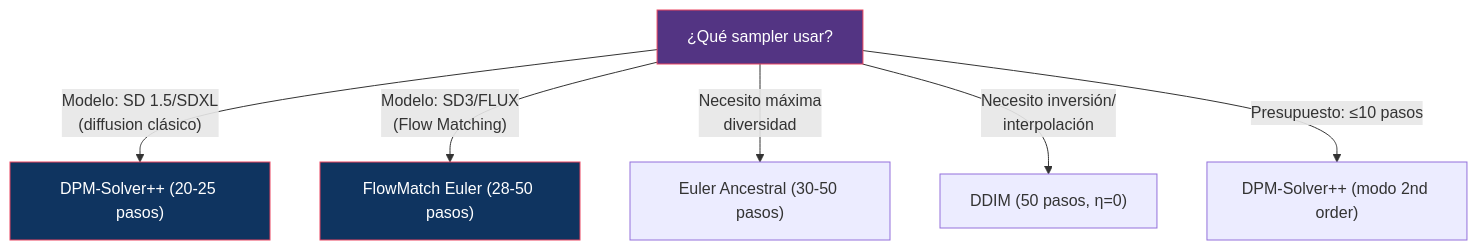
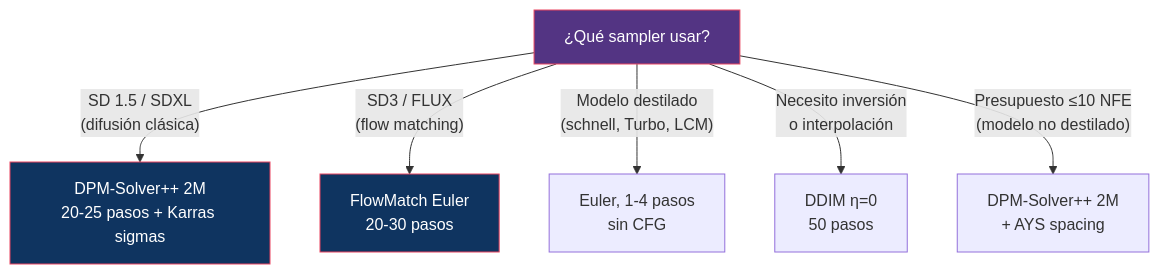
Before and after one commit to DavidDevGt/DifusionReal: the third of 3 diagrams in 08-sampling/README.md, drawn with Mermaid. The commit also changed other lines of this file, not shown here.

````diff
--- a/08-sampling/README.md
+++ b/08-sampling/README.md
@@ -220,14 +247,14 @@
 ```mermaid
 graph TD
     START["¿Qué sampler usar?"]
 
-    START -->|"Modelo: SD 1.5/SDXL<br/>(diffusion clásico)"| DIFF_CHOICE["DPM-Solver++ (20-25 pasos)"]
-    START -->|"Modelo: SD3/FLUX<br/>(Flow Matching)"| FM_CHOICE["FlowMatch Euler (28-50 pasos)"]
-    START -->|"Necesito máxima<br/>diversidad"| STOCH_CHOICE["Euler Ancestral (30-50 pasos)"]
-    START -->|"Necesito inversión/<br/>interpolación"| INV_CHOICE["DDIM (50 pasos, η=0)"]
-    START -->|"Presupuesto: ≤10 pasos"| FEW_CHOICE["DPM-Solver++ (modo 2nd order)"]
+    START -->|"SD 1.5 / SDXL<br/>(difusión clásica)"| DIFF_CHOICE["DPM-Solver++ 2M<br/>20-25 pasos + Karras sigmas"]
+    START -->|"SD3 / FLUX<br/>(flow matching)"| FM_CHOICE["FlowMatch Euler<br/>20-30 pasos"]
+    START -->|"Modelo destilado<br/>(schnell, Turbo, LCM)"| DIST_CHOICE["Euler, 1-4 pasos<br/>sin CFG"]
+    START -->|"Necesito inversión<br/>o interpolación"| INV_CHOICE["DDIM η=0<br/>50 pasos"]
+    START -->|"Presupuesto ≤10 NFE<br/>(modelo no destilado)"| FEW_CHOICE["DPM-Solver++ 2M<br/>+ AYS spacing"]
 
     style START fill:#533483,stroke:#e94560,color:#fff
     style DIFF_CHOICE fill:#0f3460,stroke:#e94560,color:#fff
     style FM_CHOICE fill:#0f3460,stroke:#e94560,color:#fff
 ```
````
